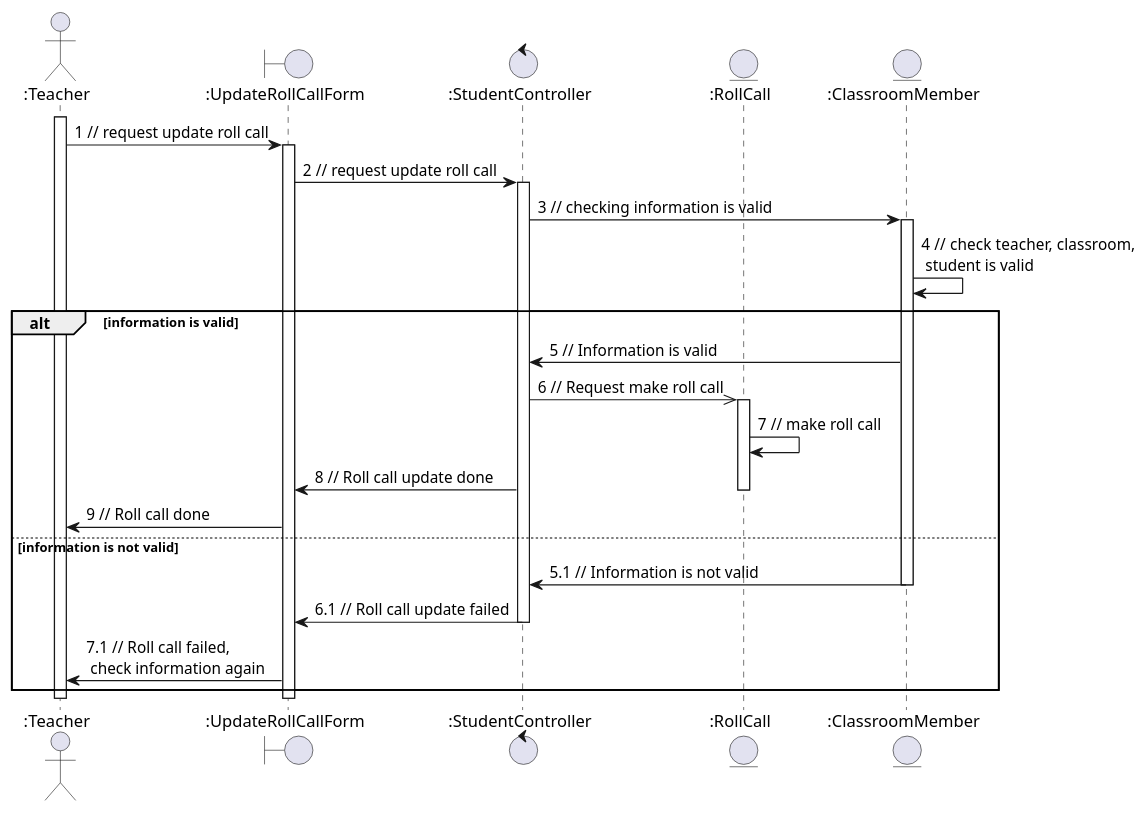
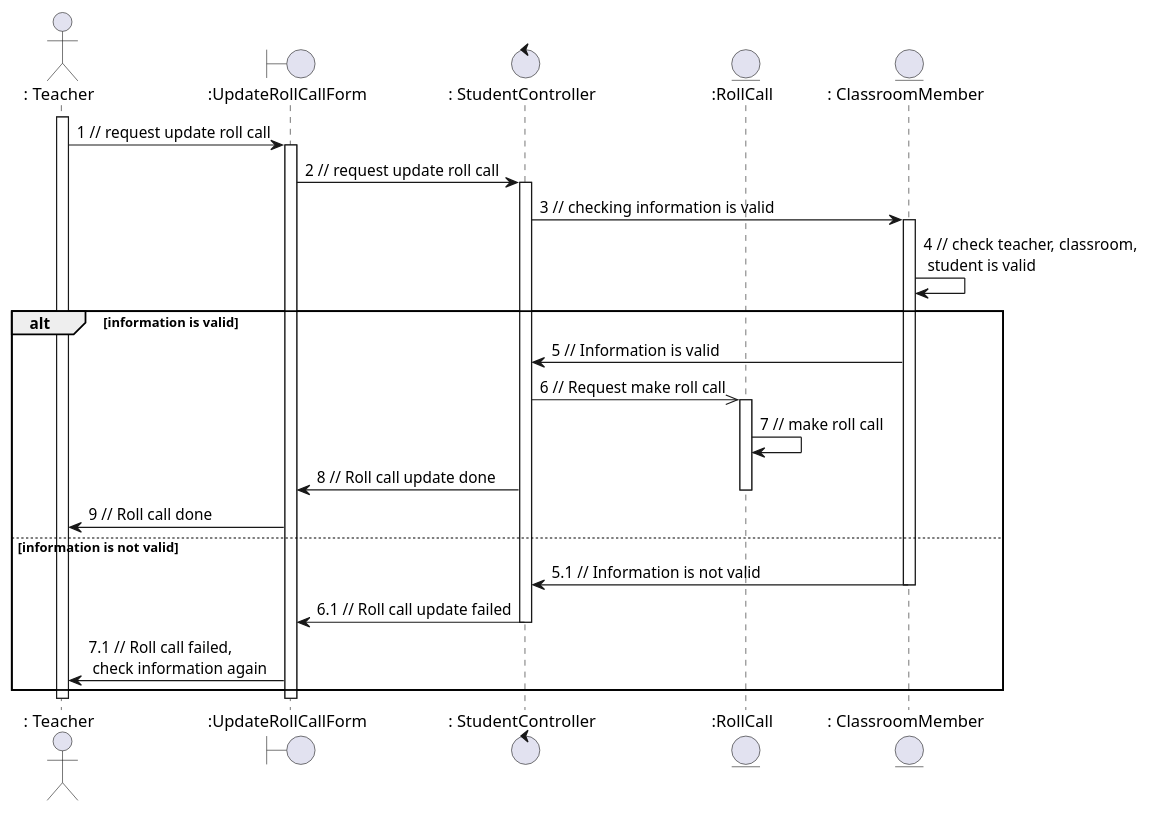
One commit to anonyhostvn/OOAD-Diagram changed the diagram in sequence - analaysis/rollcall/updateRollCall.plantuml. Above: the diagram before and after it, drawn with PlantUML. The commit also changed 13 other files, not shown here.

```diff
--- a/sequence - analaysis/rollcall/updateRollCall.plantuml
+++ b/sequence - analaysis/rollcall/updateRollCall.plantuml
@@ -1,39 +1,39 @@
 @startuml updateRollCall
 
-actor ":Teacher"
+actor ": Teacher"
 boundary ":UpdateRollCallForm"
-control ":StudentController"
+control ": StudentController"
 entity ":RollCall"
-entity ":ClassroomMember"
+entity ": ClassroomMember"
 
-activate ":Teacher"
+activate ": Teacher"
 
-":Teacher" -> ":UpdateRollCallForm": 1 // request update roll call
+": Teacher" -> ":UpdateRollCallForm": 1 // request update roll call
 activate ":UpdateRollCallForm"
-":UpdateRollCallForm" -> ":StudentController": 2 // request update roll call
-activate ":StudentController"
-":StudentController" -> ":ClassroomMember": 3 // checking information is valid
-activate ":ClassroomMember"
-":ClassroomMember" -> ":ClassroomMember": 4 // check teacher, classroom, \n student is valid
+":UpdateRollCallForm" -> ": StudentController": 2 // request update roll call
+activate ": StudentController"
+": StudentController" -> ": ClassroomMember": 3 // checking information is valid
+activate ": ClassroomMember"
+": ClassroomMember" -> ": ClassroomMember": 4 // check teacher, classroom, \n student is valid
 alt information is valid
-    ":ClassroomMember" -> ":StudentController": 5 // Information is valid
-    ":StudentController" ->> ":RollCall": 6 // Request make roll call
+    ": ClassroomMember" -> ": StudentController": 5 // Information is valid
+    ": StudentController" ->> ":RollCall": 6 // Request make roll call
     activate ":RollCall"
     ":RollCall" -> ":RollCall": 7 // make roll call
-    ":StudentController" -> ":UpdateRollCallForm": 8 // Roll call update done
+    ": StudentController" -> ":UpdateRollCallForm": 8 // Roll call update done
     deactivate ":RollCall"
-    ":UpdateRollCallForm" -> ":Teacher": 9 // Roll call done
+    ":UpdateRollCallForm" -> ": Teacher": 9 // Roll call done
 else information is not valid
-    ":ClassroomMember" -> ":StudentController": 5.1 // Information is not valid
-    deactivate ":ClassroomMember"
-    ":StudentController" -> ":UpdateRollCallForm": 6.1 // Roll call update failed
-    deactivate ":StudentController"
-    ":UpdateRollCallForm" -> ":Teacher": 7.1 // Roll call failed,\n check information again
+    ": ClassroomMember" -> ": StudentController": 5.1 // Information is not valid
+    deactivate ": ClassroomMember"
+    ": StudentController" -> ":UpdateRollCallForm": 6.1 // Roll call update failed
+    deactivate ": StudentController"
+    ":UpdateRollCallForm" -> ": Teacher": 7.1 // Roll call failed,\n check information again
 end
 
 deactivate ":UpdateRollCallForm"
-deactivate ":Teacher"
+deactivate ": Teacher"
 
 
 
 @enduml
```
